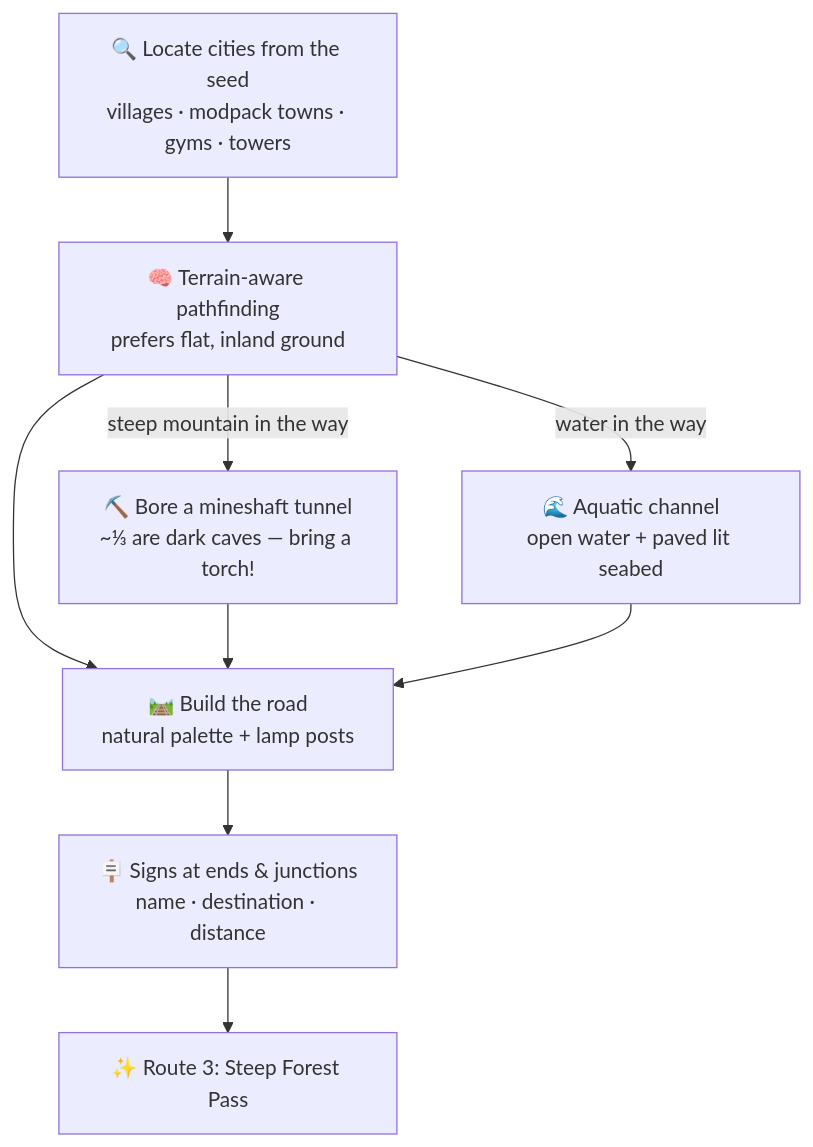
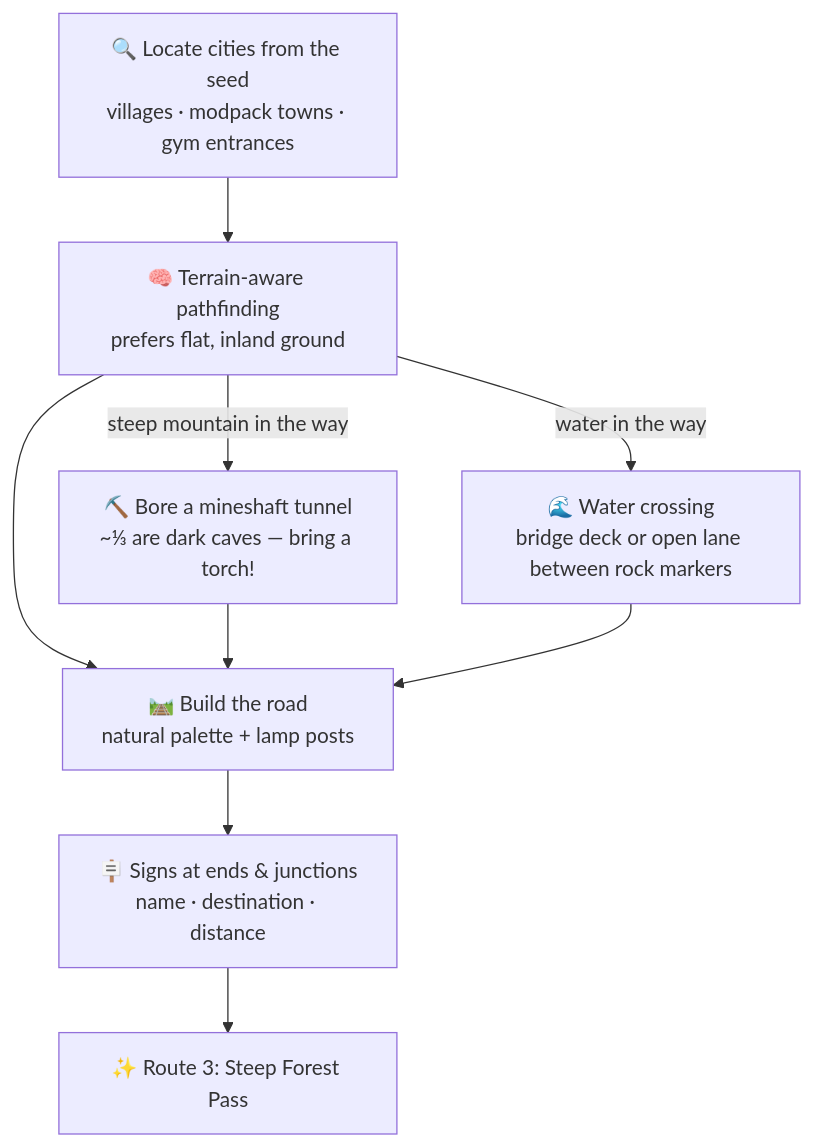
One commit to manucruzleiva/mod-wiki changed the diagram in docs/routes/routes.md. Above: the diagram before and after it, drawn with Mermaid. The commit also changed other lines of this file and 11 other files, not shown here.

````diff
--- a/docs/routes/routes.md
+++ b/docs/routes/routes.md
@@ -7,11 +7,11 @@
 ```mermaid
 flowchart TD
-    S[🔍 Locate cities from the seed<br/>villages · modpack towns · gyms · towers] --> P[🧠 Terrain-aware pathfinding<br/>prefers flat, inland ground]
+    S[🔍 Locate cities from the seed<br/>villages · modpack towns · gym entrances] --> P[🧠 Terrain-aware pathfinding<br/>prefers flat, inland ground]
     P -->|steep mountain in the way| T[⛏️ Bore a mineshaft tunnel<br/>~⅓ are dark caves — bring a torch!]
-    P -->|water in the way| W[🌊 Aquatic channel<br/>open water + paved lit seabed]
+    P -->|water in the way| W[🌊 Water crossing<br/>bridge deck or open lane between rock markers]
     P --> B[🛤️ Build the road<br/>natural palette + lamp posts]
     T --> B
     W --> B
     B --> G[🪧 Signs at ends & junctions<br/>name · destination · distance]
     G --> N[✨ Route 3: Steep Forest Pass]
 ```
````
